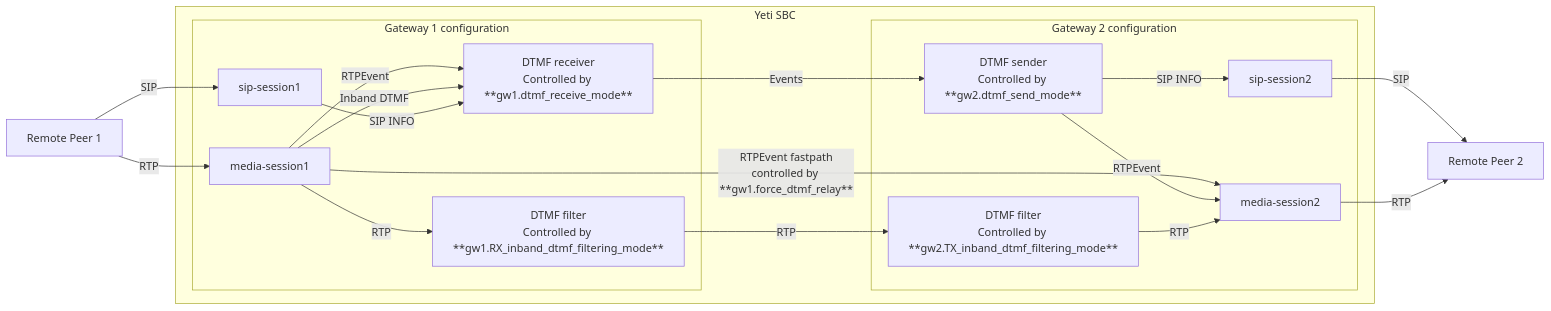
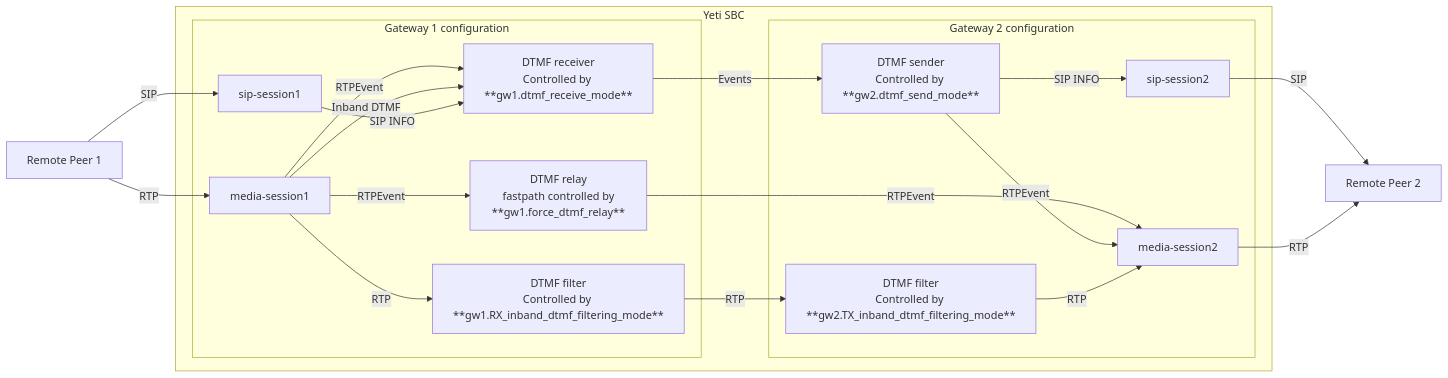
The second of 2 diagrams in en/web-interface/equipment/gateways.rst (yeti-switch/doc), drawn with Mermaid before and after one commit. The commit also changed other lines of this file and 1 other file, not shown here.

```diff
--- a/en/web-interface/equipment/gateways.rst
+++ b/en/web-interface/equipment/gateways.rst
@@ -528,51 +562,54 @@
 .. mermaid::
 
     graph LR
         gw1[Remote Peer 1]
         gw2[Remote Peer 2]
         
         
         
         gw1 -->|SIP| sip-session1
         sip-session2 -->|SIP| gw2
         
         gw1 -->|RTP| media-session1
         media-session2 -->|RTP| gw2
         
         
         
       
         
-        media-session1 -->|RTPEvent fastpath<br>controlled by **gw1.force_dtmf_relay** | media-session2
+        media-session1 -->|RTPEvent| dtmf-relay1
+        dtmf-relay1 -->|RTPEvent| media-session2
+        
         media-session1 -->|RTP| dtmf-filter1
         
        
         
         media-session1 -->|RTPEvent| dtmf-processor1
         media-session1 -->|Inband DTMF| dtmf-processor1
         sip-session1 -->|SIP INFO| dtmf-processor1
       
         
         dtmf-processor2 -->|SIP INFO| sip-session2
         dtmf-processor2 -->|RTPEvent| media-session2
         
         dtmf-processor1 -->|Events| dtmf-processor2
         
         
         dtmf-filter1 -->|RTP| dtmf-filter2
         dtmf-filter2 -->|RTP| media-session2
         
         subgraph yeti[Yeti SBC]
             subgraph gw1-conf[Gateway 1 configuration]
                 sip-session1
                 media-session1
                 dtmf-processor1[DTMF receiver<br>Controlled by **gw1.dtmf_receive_mode**]
                 dtmf-filter1[DTMF filter<br>Controlled by **gw1.RX_inband_dtmf_filtering_mode**]
+                dtmf-relay1[DTMF relay<br> fastpath controlled by **gw1.force_dtmf_relay**]
             end
             subgraph gw2-conf[Gateway 2 configuration]
                 sip-session2
                 media-session2
                 dtmf-processor2[DTMF sender<br>Controlled by **gw2.dtmf_send_mode**]
                 dtmf-filter2[DTMF filter<br>Controlled by **gw2.TX_inband_dtmf_filtering_mode**]
             end
         end
```
